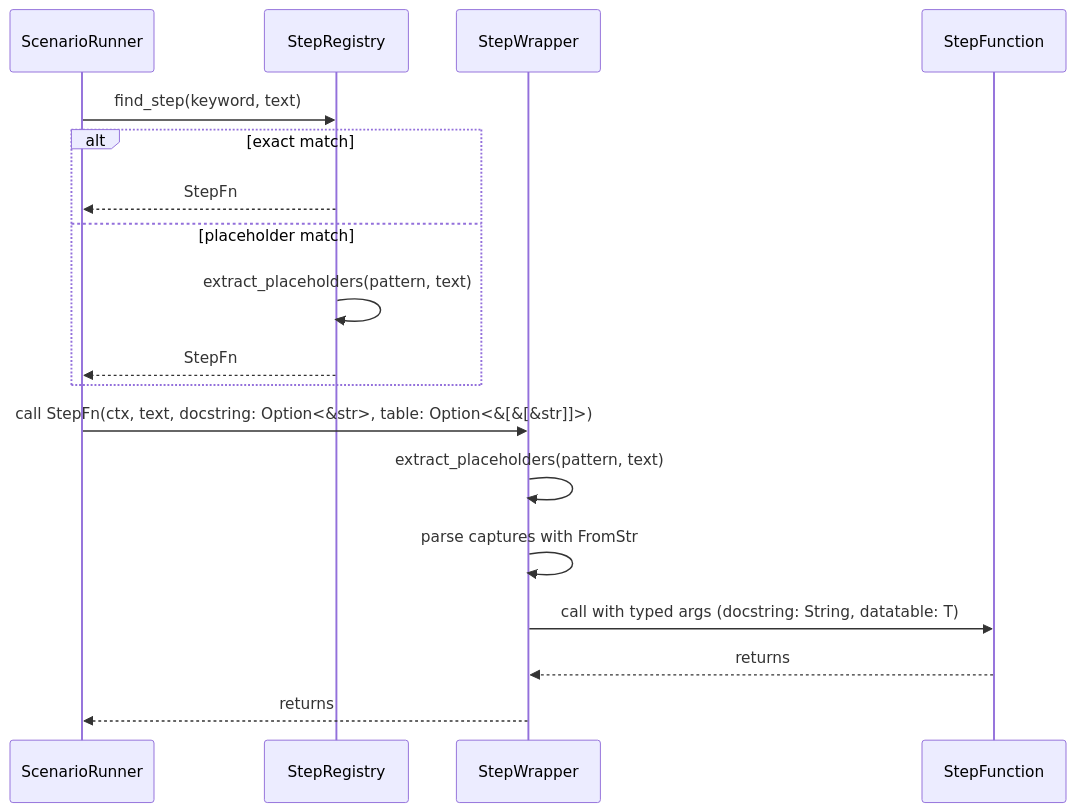
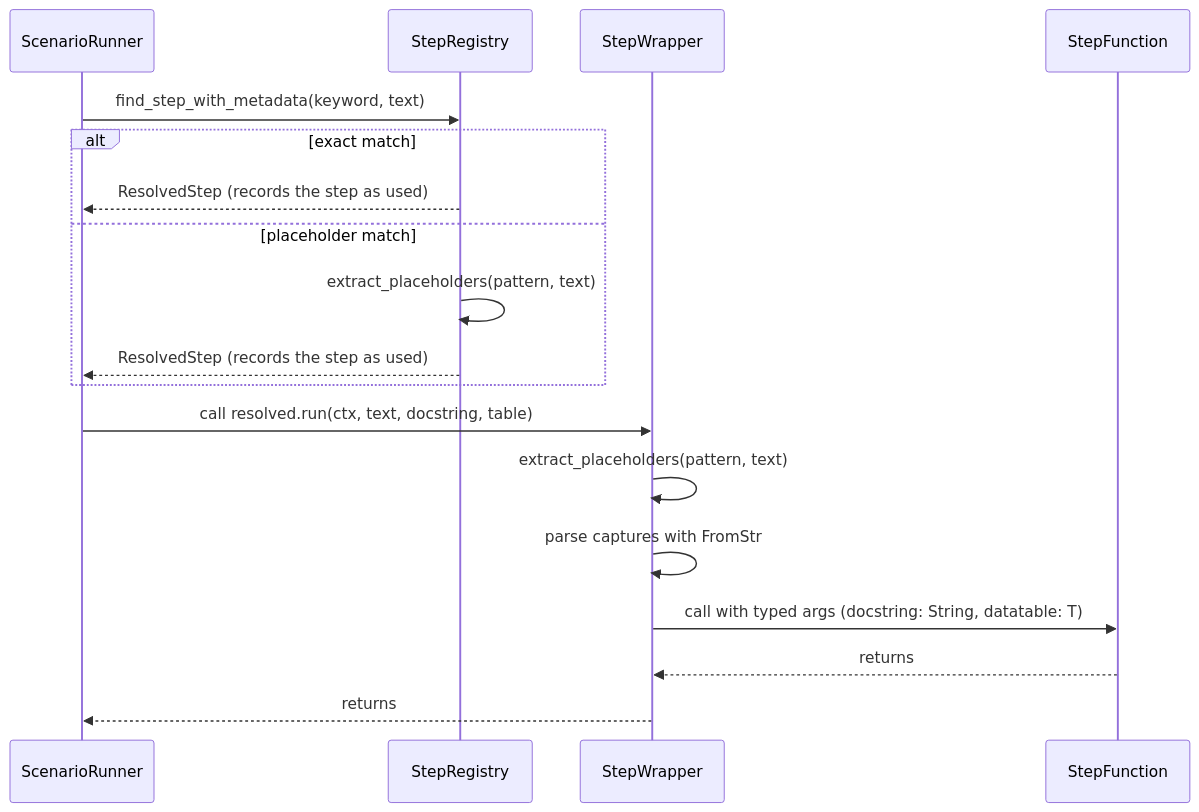
Diagram 20 of 21 in docs/rstest-bdd-design.md (leynos/rstest-bdd), drawn with Mermaid before and after one commit. The commit also changed other lines of this file and 29 other files, not shown here.

````diff
--- a/docs/rstest-bdd-design.md
+++ b/docs/rstest-bdd-design.md
@@ -3149,21 +3151,21 @@
 ```mermaid
 sequenceDiagram
     participant ScenarioRunner
     participant StepRegistry
     participant StepWrapper
     participant StepFunction
 
-    ScenarioRunner->>StepRegistry: find_step(keyword, text)
+    ScenarioRunner->>StepRegistry: find_step_with_metadata(keyword, text)
     alt exact match
-        StepRegistry-->>ScenarioRunner: StepFn
+        StepRegistry-->>ScenarioRunner: ResolvedStep (records the step as used)
     else placeholder match
         StepRegistry->>StepRegistry: extract_placeholders(pattern, text)
-        StepRegistry-->>ScenarioRunner: StepFn
+        StepRegistry-->>ScenarioRunner: ResolvedStep (records the step as used)
     end
-    ScenarioRunner->>StepWrapper: call StepFn(ctx, text, docstring: Option<&str>, table: Option<&[&[&str]]>)
+    ScenarioRunner->>StepWrapper: call resolved.run(ctx, text, docstring, table)
     StepWrapper->>StepWrapper: extract_placeholders(pattern, text)
     StepWrapper->>StepWrapper: parse captures with FromStr
     StepWrapper->>StepFunction: call with typed args (docstring: String, datatable: T)
     StepFunction-->>StepWrapper: returns
     StepWrapper-->>ScenarioRunner: returns
 ```
````
